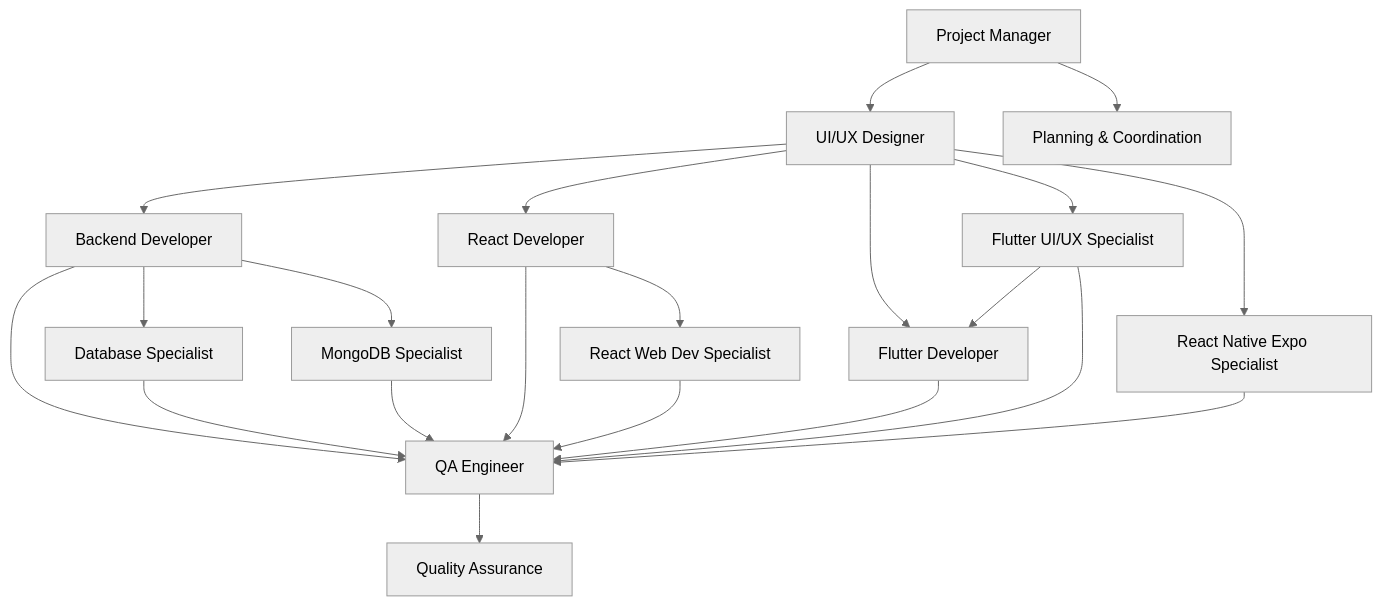
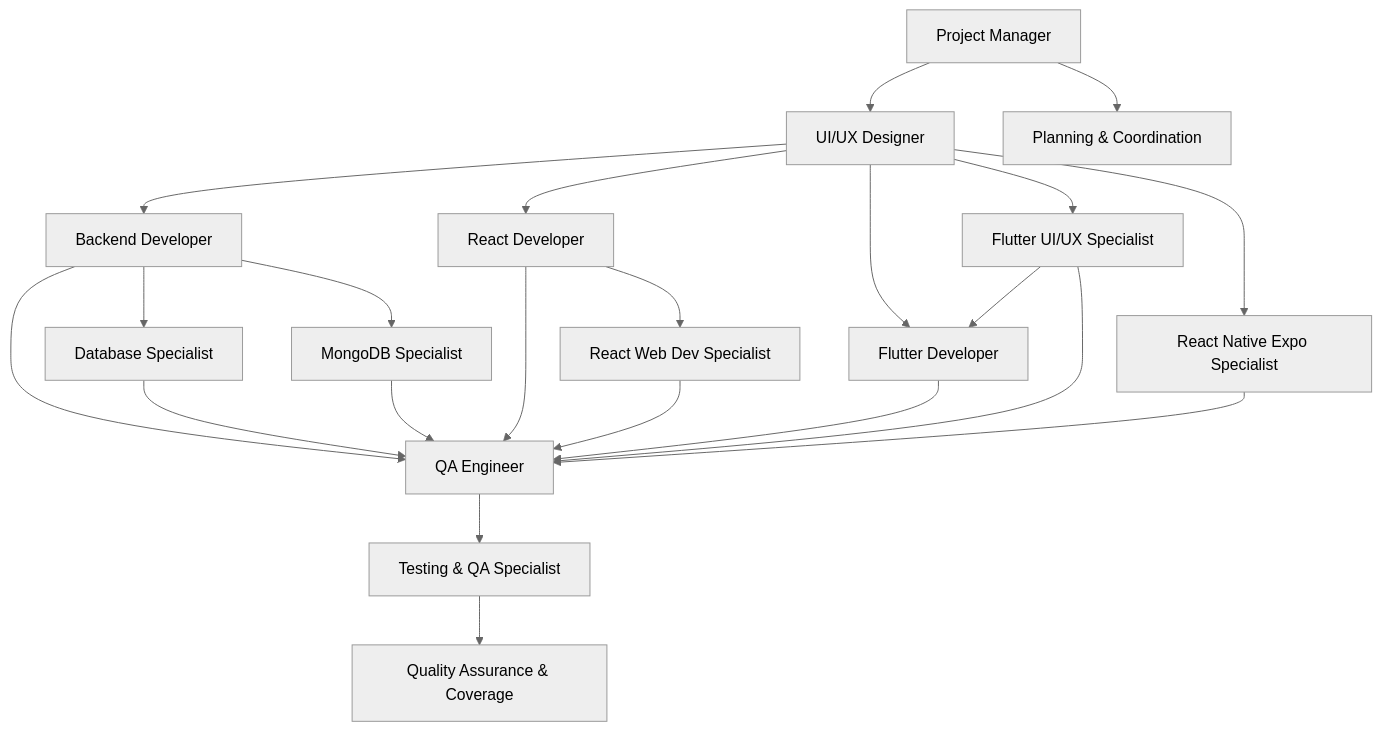
One commit to tiagofur/template-project changed the diagram in agents/README.md. Above: the diagram before and after it, drawn with Mermaid (neutral theme). The commit also changed other lines of this file and 6 other files, not shown here.

Commit message:
Create Testing & QA Specialist agent and comprehensive documentation

````diff
--- a/agents/README.md
+++ b/agents/README.md
@@ -64,23 +66,24 @@
 ```mermaid
 graph TD
     A[Project Manager] --> B[UI/UX Designer]
     B --> C[Backend Developer]
     C --> D[Database Specialist]
     C --> D2[MongoDB Specialist]
     B --> E[React Developer]
     E --> E2[React Web Dev Specialist]
     B --> F[Flutter Developer]
     B --> F2[Flutter UI/UX Specialist]
     B --> F3[React Native Expo Specialist]
     F2 --> F
     C --> G[QA Engineer]
     D --> G
     D2 --> G
     E --> G
     E2 --> G
     F --> G
     F2 --> G
     F3 --> G
+    G --> G2[Testing & QA Specialist]
     A --> H[Planning & Coordination]
-    G --> I[Quality Assurance]
+    G2 --> I[Quality Assurance & Coverage]
 ```
````
